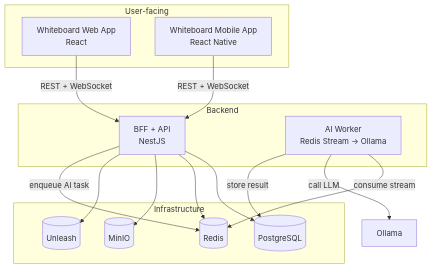
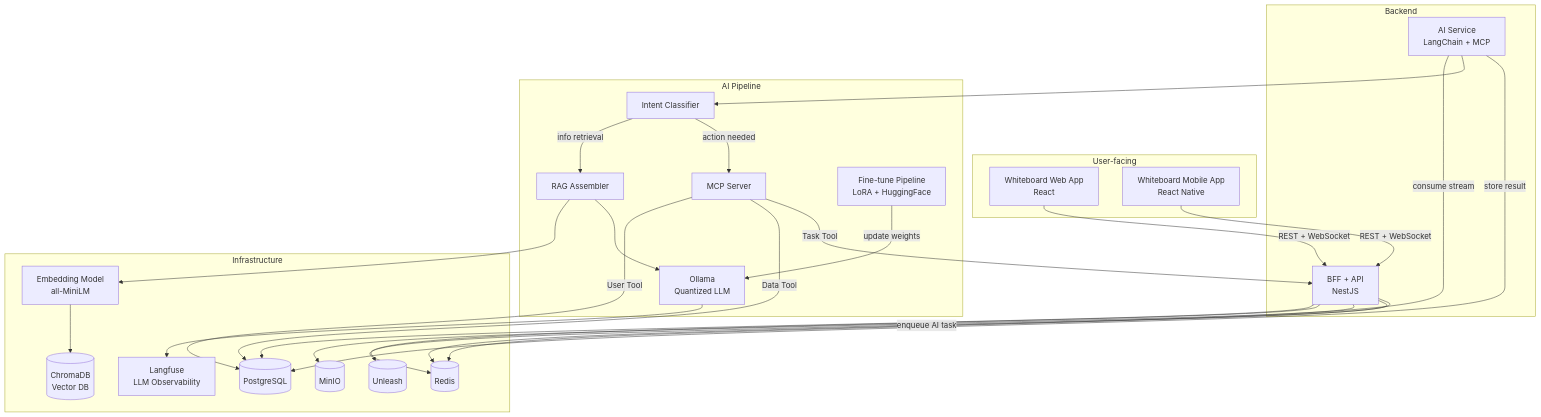
The second of 4 diagrams in docs/global_tech_stack.md (Eyolf6Coyote7/Eyolf6Coyote7), drawn with Mermaid before and after one commit. The commit also changed other lines of this file and 1 other file, not shown here.

Commit message:
📘docs#29: add full AI/LLM pipeline (RAG, MCP, ChromaDB, Langfuse, LoRA fine-tuning)
global_tech_stack.md:
- Upgrade Whiteboard AI from simple Ollama to full pipeline
- Add RAG (ChromaDB + Embedding), MCP Server (tools), Langfuse, LoRA fine-tune
- Update system diagram with AI pipeline flow
- Whiteboard now 5 systems (was 4), total 17

global_infra.md:
- Add ChromaDB (Vector DB, :8000) and Langfuse (LLM observability, :3100)
- Add AI / LLM Pipeline section with flow, MCP tools, fine-tuning, resources
- Update ports, volumes, env vars, resource estimates

Ref #29

````diff
--- a/docs/global_tech_stack.md
+++ b/docs/global_tech_stack.md
@@ -127,30 +127,51 @@
 ```mermaid
 graph TD
   subgraph "User-facing"
     WEB[Whiteboard Web App<br/>React]
     MOB[Whiteboard Mobile App<br/>React Native]
   end
 
   subgraph "Backend"
     BFF[BFF + API<br/>NestJS]
-    AIW[AI Worker<br/>Redis Stream → Ollama]
+    AIS[AI Service<br/>LangChain + MCP]
+  end
+
+  subgraph "AI Pipeline"
+    IC[Intent Classifier]
+    RAG[RAG Assembler]
+    LLM[Ollama<br/>Quantized LLM]
+    MCP_S[MCP Server]
+    FT[Fine-tune Pipeline<br/>LoRA + HuggingFace]
   end
 
   subgraph "Infrastructure"
     PG[(PostgreSQL)]
     RD[(Redis)]
     MIO[(MinIO)]
     UL[(Unleash)]
+    VDB[(ChromaDB<br/>Vector DB)]
+    EMB[Embedding Model<br/>all-MiniLM]
+    LF[Langfuse<br/>LLM Observability]
   end
 
   WEB -->|REST + WebSocket| BFF
   MOB -->|REST + WebSocket| BFF
   BFF --> PG
   BFF --> RD
   BFF --> MIO
   BFF --> UL
   BFF -->|enqueue AI task| RD
-  AIW -->|consume stream| RD
-  AIW -->|call LLM| OLL[Ollama]
-  AIW -->|store result| PG
+  AIS -->|consume stream| RD
+  AIS --> IC
+  IC -->|info retrieval| RAG
+  IC -->|action needed| MCP_S
+  RAG --> EMB
+  EMB --> VDB
+  RAG --> LLM
+  MCP_S -->|User Tool| PG
+  MCP_S -->|Data Tool| PG
+  MCP_S -->|Task Tool| BFF
+  LLM --> LF
+  FT -->|update weights| LLM
+  AIS -->|store result| PG
 ```
````
